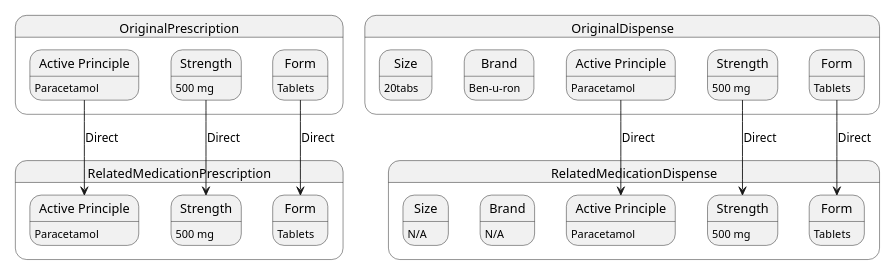
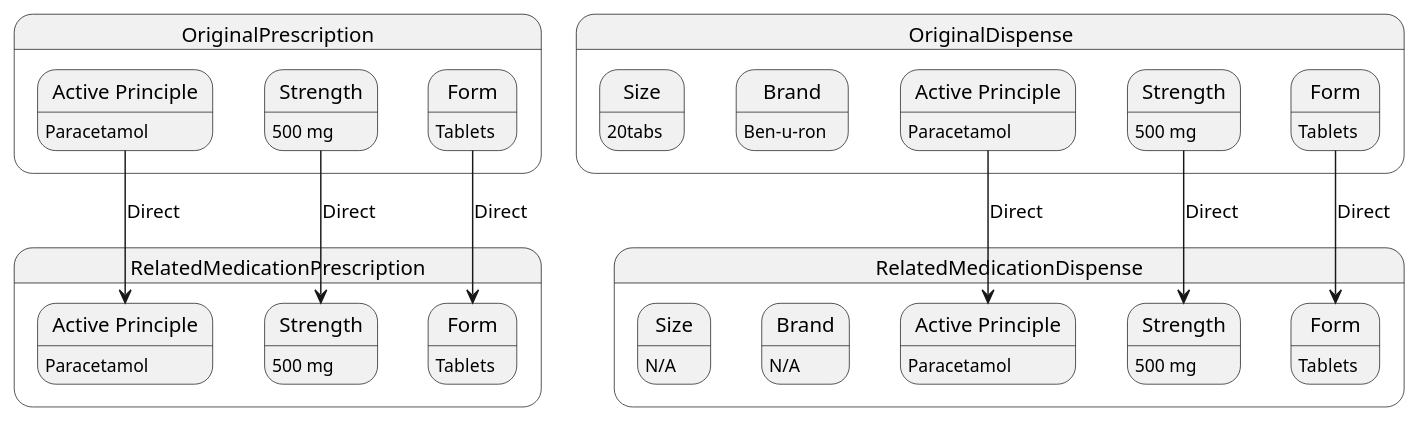
Before and after one commit to joofio/idmed: the diagram in input/images-source/usecase1.plantuml, drawn with PlantUML. The commit also changed 1 other file, not shown here.

```diff
--- a/input/images-source/usecase1.plantuml
+++ b/input/images-source/usecase1.plantuml
@@ -1,63 +1,62 @@
 @startuml
-scale 600 width
 
 state OriginalPrescription {
 state "Active Principle" as long1
 long1: Paracetamol
 state "Strength" as long2
 long2: 500 mg
 state "Form" as long3
 long3:  Tablets
 
 }
 
 state RelatedMedicationPrescription {
 state "Active Principle" as long4
 long4: Paracetamol
 state "Strength" as long5
 long5: 500 mg
 state "Form" as long6
 long6:  Tablets
 
 }
 long1 --> long4 : Direct
 long2 --> long5 : Direct
 long3 --> long6 : Direct
 
 state OriginalDispense {
 state "Active Principle" as a1
 a1: Paracetamol
 state "Strength" as s1
 s1: 500 mg
 state "Form" as f1
 f1:  Tablets
 state "Brand" as b1
 b1:  Ben-u-ron
 
 state "Size" as size1
 size1:  20tabs
 
 
 
 }
 
 state RelatedMedicationDispense {
 state "Active Principle" as a2
 a2: Paracetamol
 state "Strength" as s2
 s2: 500 mg
 state "Form" as f2
 f2:  Tablets
 state "Brand" as b2
 b2:  N/A
 
 state "Size" as size2
 size2:  N/A
 }
 
 
 a1 --> a2 : Direct
 s1 --> s2 : Direct
 f1 --> f2 : Direct
 
 @enduml
```
